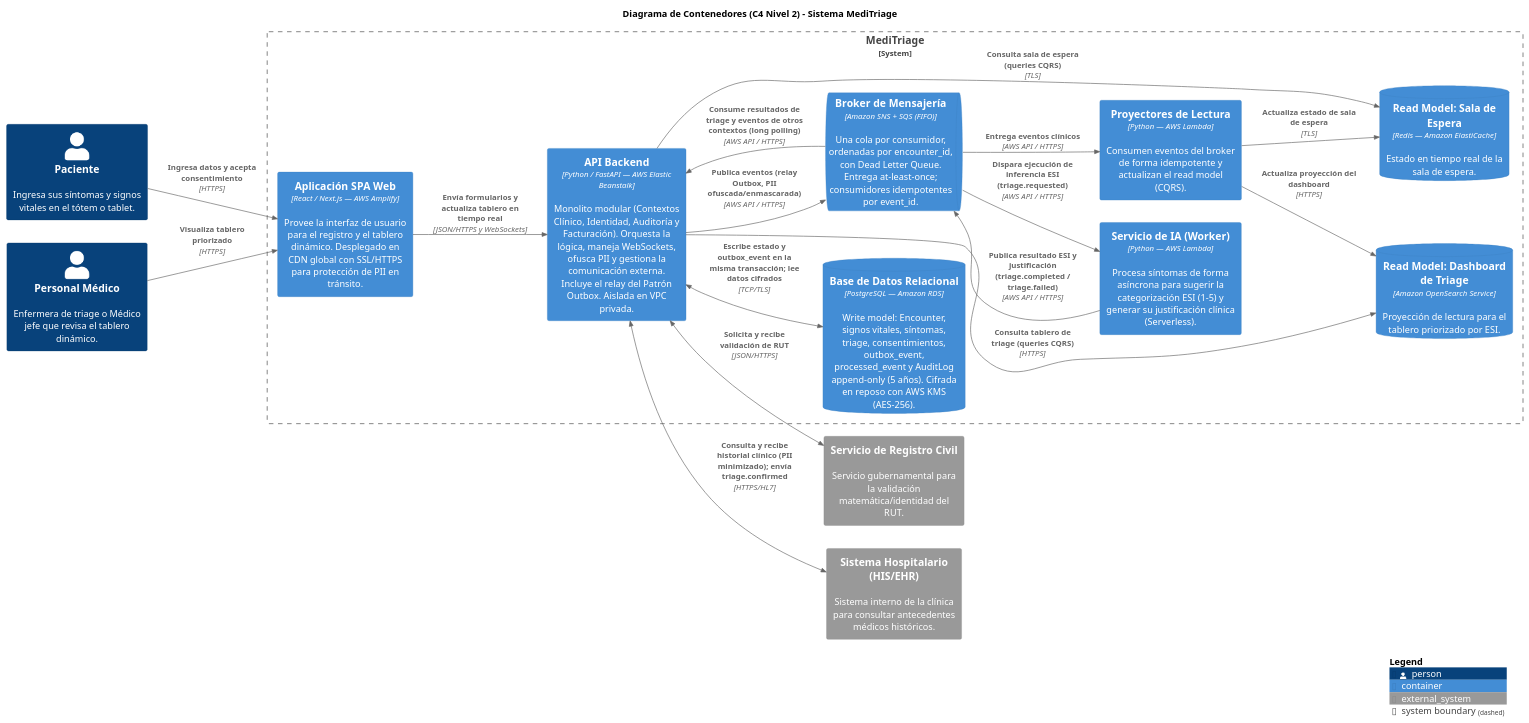
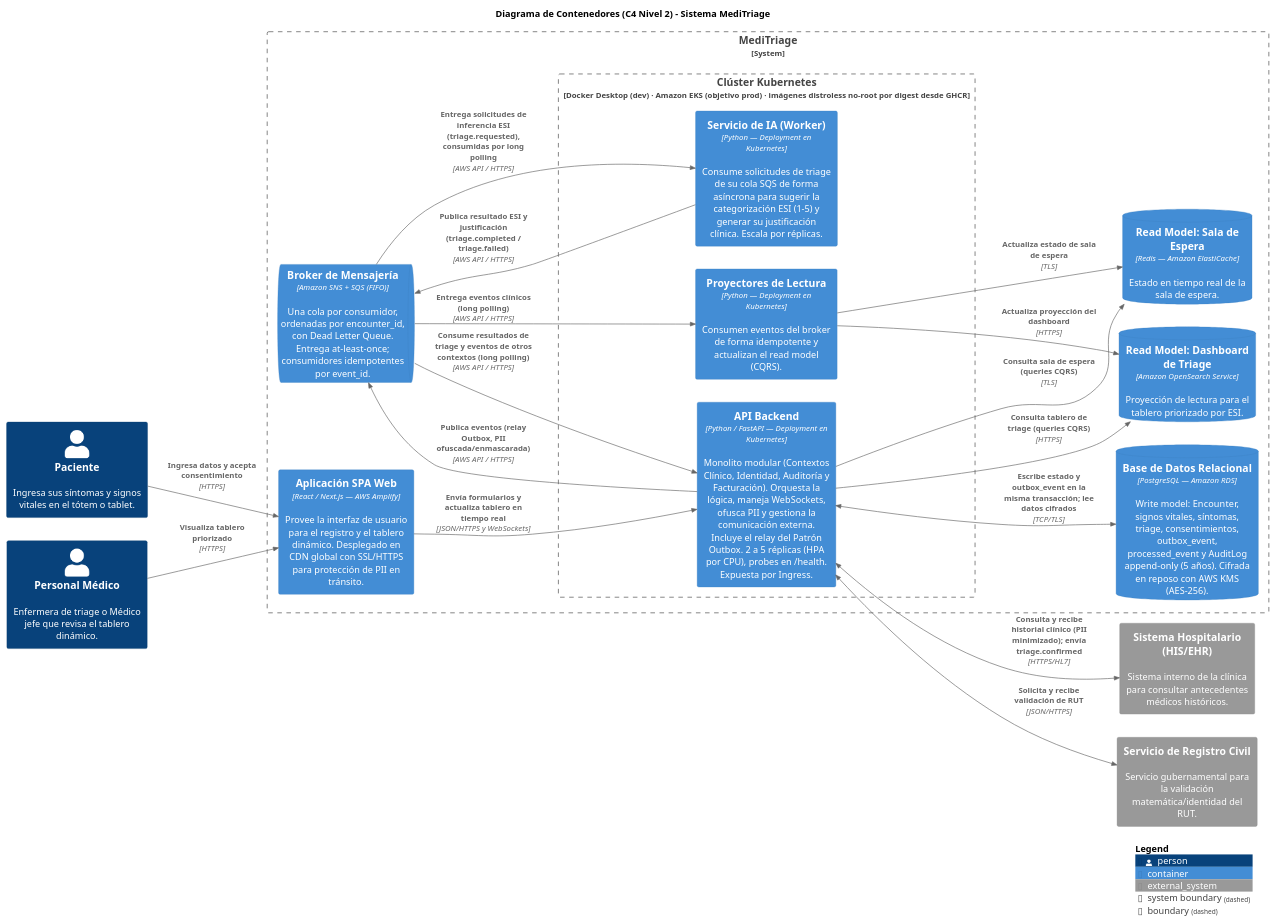
The diagram in docs/c4/l2-container.puml (DrrFunky/equipo-ESSIA-meditriage), drawn with PlantUML before and after one commit.

Commit message:
Migrate services to Kubernetes and update relationships
Updated deployment details for API Backend and Worker services to Kubernetes. Modified relationships for ESI inference requests and clinical event delivery.

```diff
--- a/docs/c4/l2-container.puml
+++ b/docs/c4/l2-container.puml
@@ -1,53 +1,55 @@
 @startuml c4-l2-contenedores
 !include https://raw.githubusercontent.com/plantuml-stdlib/C4-PlantUML/master/C4_Container.puml
 
 LAYOUT_LEFT_RIGHT()
 title Diagrama de Contenedores (C4 Nivel 2) - Sistema MediTriage
 
 Person(paciente, "Paciente", "Ingresa sus síntomas y signos vitales en el tótem o tablet.")
 Person(medico, "Personal Médico", "Enfermera de triage o Médico jefe que revisa el tablero dinámico.")
 
 System_Boundary(meditriage, "MediTriage") {
     Container(spa, "Aplicación SPA Web", "React / Next.js — AWS Amplify", "Provee la interfaz de usuario para el registro y el tablero dinámico. Desplegado en CDN global con SSL/HTTPS para protección de PII en tránsito.")
 
-    Container(api, "API Backend", "Python / FastAPI — AWS Elastic Beanstalk", "Monolito modular (Contextos Clínico, Identidad, Auditoría y Facturación). Orquesta la lógica, maneja WebSockets, ofusca PII y gestiona la comunicación externa. Incluye el relay del Patrón Outbox. Aislada en VPC privada.")
+    Boundary(k8s, "Clúster Kubernetes", "Docker Desktop (dev) · Amazon EKS (objetivo prod) · imágenes distroless no-root por digest desde GHCR") {
+        Container(api, "API Backend", "Python / FastAPI — Deployment en Kubernetes", "Monolito modular (Contextos Clínico, Identidad, Auditoría y Facturación). Orquesta la lógica, maneja WebSockets, ofusca PII y gestiona la comunicación externa. Incluye el relay del Patrón Outbox. 2 a 5 réplicas (HPA por CPU), probes en /health. Expuesta por Ingress.")
+
+        Container(worker, "Servicio de IA (Worker)", "Python — Deployment en Kubernetes", "Consume solicitudes de triage de su cola SQS de forma asíncrona para sugerir la categorización ESI (1-5) y generar su justificación clínica. Escala por réplicas.")
+
+        Container(proyector, "Proyectores de Lectura", "Python — Deployment en Kubernetes", "Consumen eventos del broker de forma idempotente y actualizan el read model (CQRS).")
+    }
 
     ContainerDb(db, "Base de Datos Relacional", "PostgreSQL — Amazon RDS", "Write model: Encounter, signos vitales, síntomas, triage, consentimientos, outbox_event, processed_event y AuditLog append-only (5 años). Cifrada en reposo con AWS KMS (AES-256).")
 
     ContainerQueue(broker, "Broker de Mensajería", "Amazon SNS + SQS (FIFO)", "Una cola por consumidor, ordenadas por encounter_id, con Dead Letter Queue. Entrega at-least-once; consumidores idempotentes por event_id.")
-
-    Container(worker, "Servicio de IA (Worker)", "Python — AWS Lambda", "Procesa síntomas de forma asíncrona para sugerir la categorización ESI (1-5) y generar su justificación clínica (Serverless).")
-
-    Container(proyector, "Proyectores de Lectura", "Python — AWS Lambda", "Consumen eventos del broker de forma idempotente y actualizan el read model (CQRS).")
 
     ContainerDb(search, "Read Model: Dashboard de Triage", "Amazon OpenSearch Service", "Proyección de lectura para el tablero priorizado por ESI.")
 
     ContainerDb(cache, "Read Model: Sala de Espera", "Redis — Amazon ElastiCache", "Estado en tiempo real de la sala de espera.")
 }
 
 System_Ext(registro, "Servicio de Registro Civil", "Servicio gubernamental para la validación matemática/identidad del RUT.")
 System_Ext(his, "Sistema Hospitalario (HIS/EHR)", "Sistema interno de la clínica para consultar antecedentes médicos históricos.")
 
 Rel(paciente, spa, "Ingresa datos y acepta consentimiento", "HTTPS")
 Rel(medico, spa, "Visualiza tablero priorizado", "HTTPS")
 Rel(spa, api, "Envía formularios y actualiza tablero en tiempo real", "JSON/HTTPS y WebSockets")
 
 BiRel(api, db, "Escribe estado y outbox_event en la misma transacción; lee datos cifrados", "TCP/TLS")
 Rel(api, broker, "Publica eventos (relay Outbox, PII ofuscada/enmascarada)", "AWS API / HTTPS")
 Rel(broker, api, "Consume resultados de triage y eventos de otros contextos (long polling)", "AWS API / HTTPS")
 
-Rel(broker, worker, "Dispara ejecución de inferencia ESI (triage.requested)", "AWS API / HTTPS")
+Rel(broker, worker, "Entrega solicitudes de inferencia ESI (triage.requested), consumidas por long polling", "AWS API / HTTPS")
 Rel(worker, broker, "Publica resultado ESI y justificación (triage.completed / triage.failed)", "AWS API / HTTPS")
 
-Rel(broker, proyector, "Entrega eventos clínicos", "AWS API / HTTPS")
+Rel(broker, proyector, "Entrega eventos clínicos (long polling)", "AWS API / HTTPS")
 Rel(proyector, search, "Actualiza proyección del dashboard", "HTTPS")
 Rel(proyector, cache, "Actualiza estado de sala de espera", "TLS")
 
 Rel(api, search, "Consulta tablero de triage (queries CQRS)", "HTTPS")
 Rel(api, cache, "Consulta sala de espera (queries CQRS)", "TLS")
 
 BiRel(api, registro, "Solicita y recibe validación de RUT", "JSON/HTTPS")
 BiRel(api, his, "Consulta y recibe historial clínico (PII minimizado); envía triage.confirmed", "HTTPS/HL7")
 
 SHOW_LEGEND()
 @enduml
```
